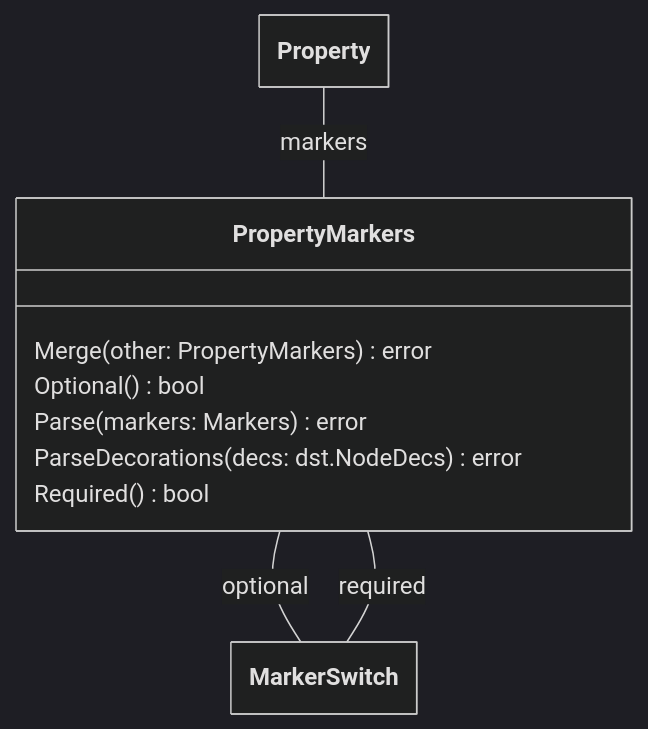
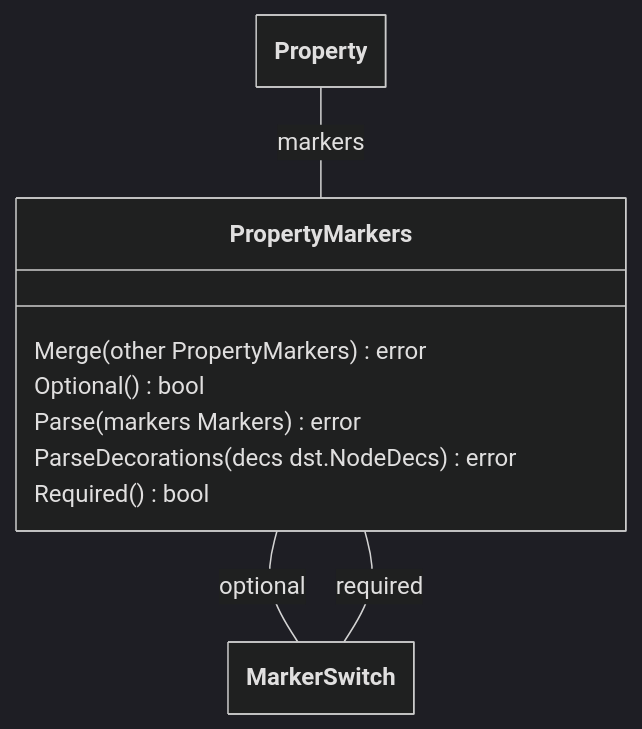
Before and after one commit to theunrepentantgeek/crddoc: diagram 15 of 17 in docs/model/model.md, drawn with Mermaid (dark theme). The commit also changed other lines of this file, not shown here.

````diff
--- a/docs/model/model.md
+++ b/docs/model/model.md
@@ -828,28 +828,28 @@
 ```mermaid
 ---
   config:
     class:
       hideEmptyMembersBox: true
 ---
 classDiagram
 
 class PropertyMarkers["PropertyMarkers"]{  
-      Merge(other: PropertyMarkers)error  
+      Merge(other PropertyMarkers)error  
       Optional()bool  
-      Parse(markers: Markers)error  
-      ParseDecorations(decs: dst.NodeDecs)error  
+      Parse(markers Markers)error  
+      ParseDecorations(decs dst.NodeDecs)error  
       Required()bool
 
 
 } 
 
 Property -- PropertyMarkers : markers 
 
 PropertyMarkers -- MarkerSwitch : optional 
 PropertyMarkers -- MarkerSwitch : required 
 
 class Property["Property"]
 class MarkerSwitch["MarkerSwitch"]
 class MarkerSwitch["MarkerSwitch"]
 
 ```
````
